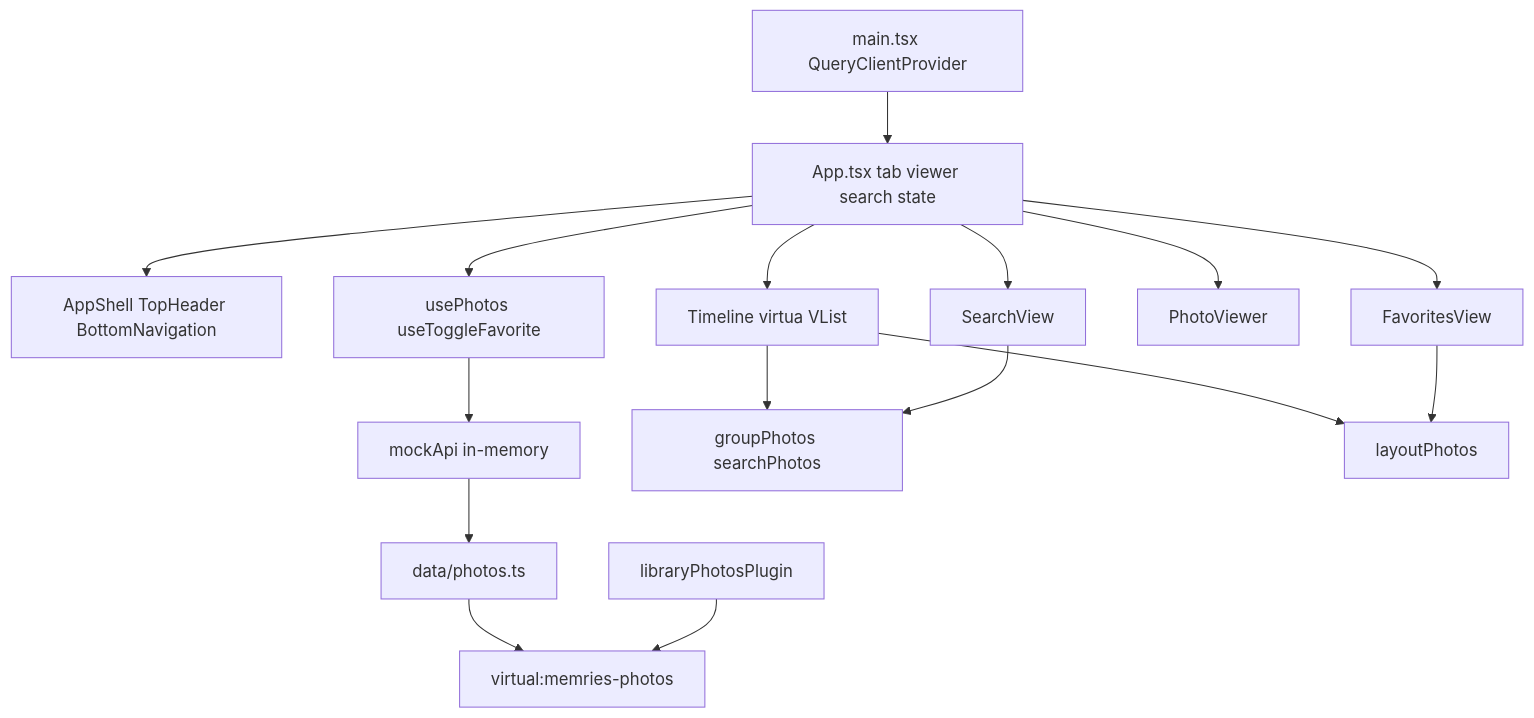
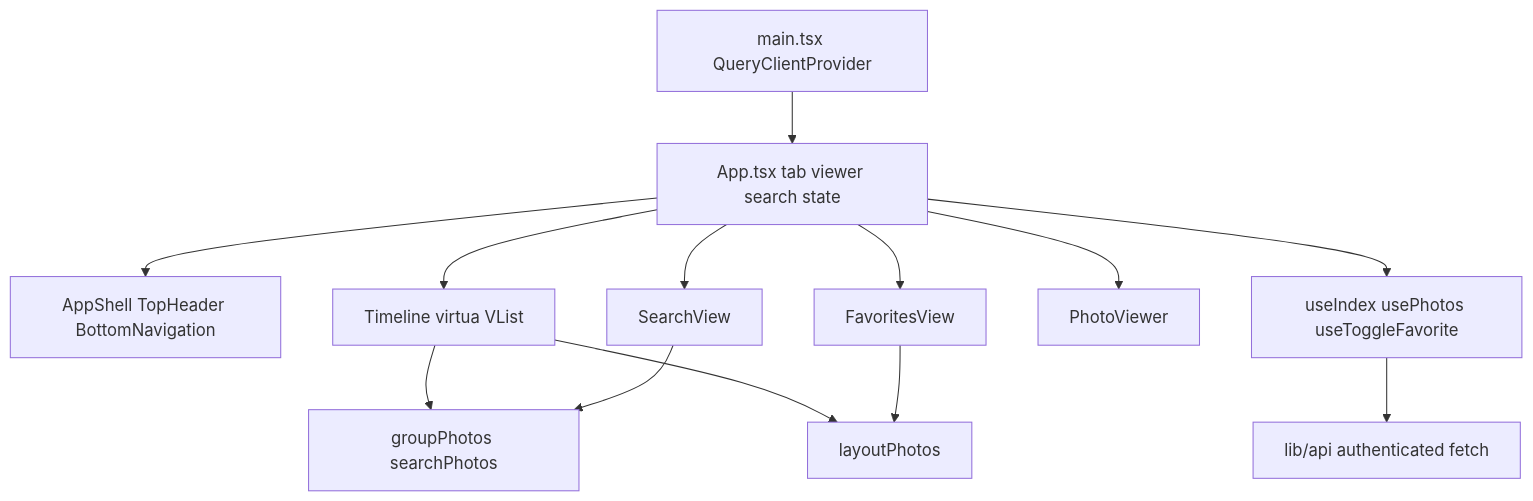
Before and after one commit to mikepattyn/memries: the fourth of 6 diagrams in docs/Project_Architecture_Blueprint.md, drawn with Mermaid. The commit also changed other lines of this file and 160 other files, not shown here.

````diff
--- a/docs/Project_Architecture_Blueprint.md
+++ b/docs/Project_Architecture_Blueprint.md
@@ -238,33 +234,27 @@
 ```mermaid
 flowchart TB
   MainF["main.tsx QueryClientProvider"]
   App["App.tsx tab viewer search state"]
   Shell["AppShell TopHeader BottomNavigation"]
   Timeline["Timeline virtua VList"]
   Fav["FavoritesView"]
   Search["SearchView"]
   Viewer["PhotoViewer"]
-  Hooks["usePhotos useToggleFavorite"]
-  Mock["mockApi in-memory"]
-  Data["data/photos.ts"]
-  Virtual["virtual:memries-photos"]
-  Plugin["libraryPhotosPlugin"]
+  Hooks["useIndex usePhotos useToggleFavorite"]
+  Api["lib/api authenticated fetch"]
   Group["groupPhotos searchPhotos"]
   Layout["layoutPhotos"]
 
   MainF --> App
   App --> Shell
   App --> Timeline
   App --> Fav
   App --> Search
   App --> Viewer
   App --> Hooks
-  Hooks --> Mock
-  Mock --> Data
-  Data --> Virtual
-  Plugin --> Virtual
+  Hooks --> Api
   Timeline --> Group
   Timeline --> Layout
   Fav --> Layout
   Search --> Group
 ```
````
